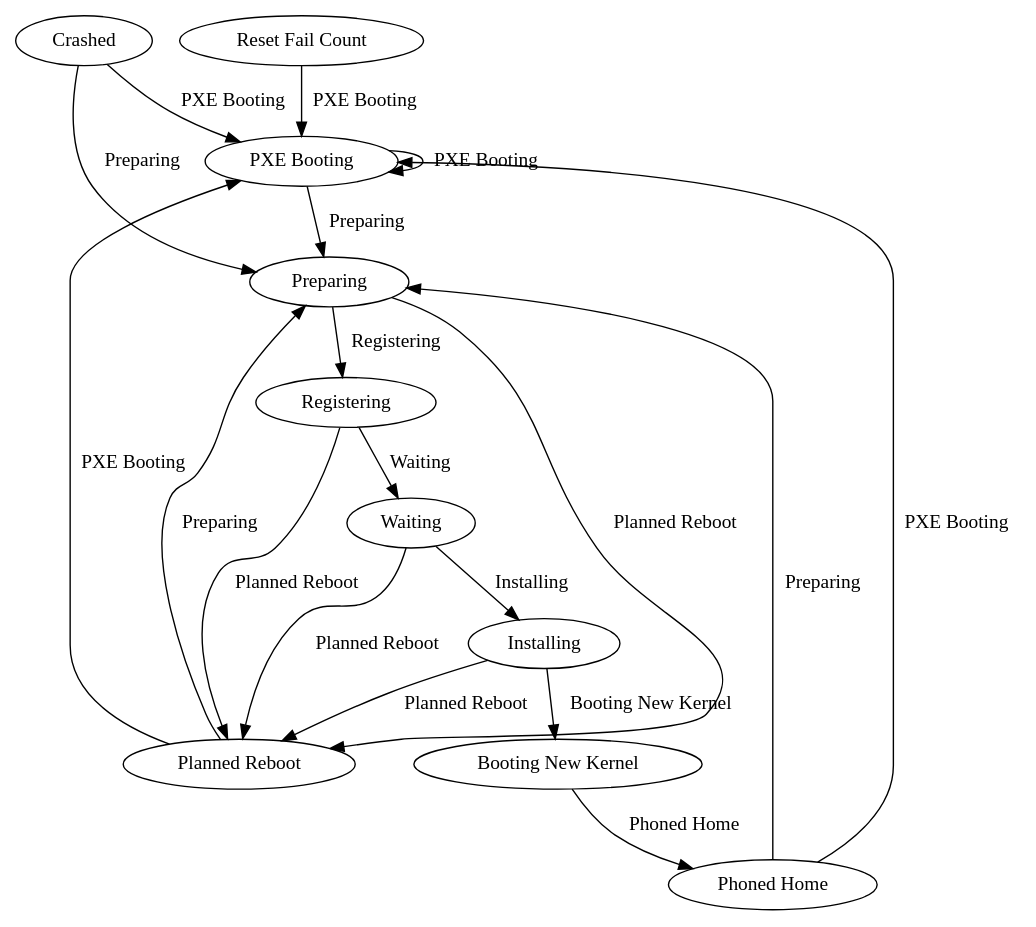
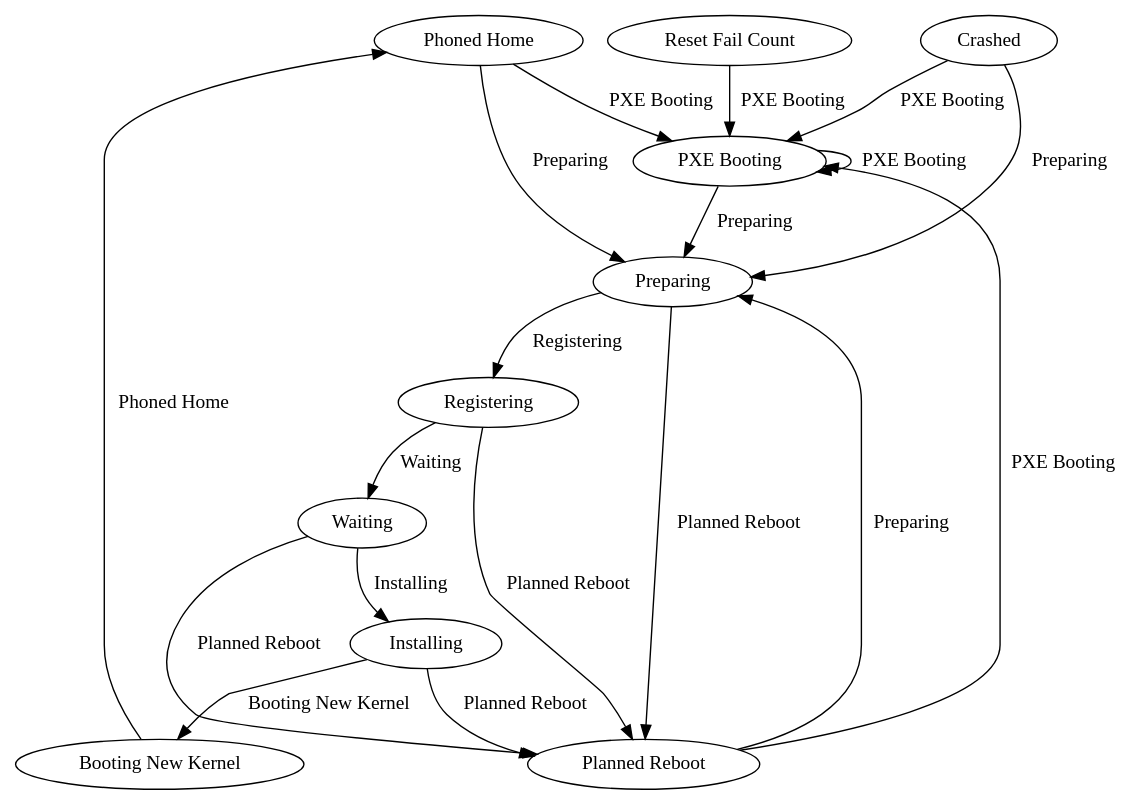
One commit to iljarotar/go-fsm-examples changed the diagram in graph.dot. Above: the diagram before and after it, drawn with Graphviz. The commit also changed other lines of this file and 1 other file, not shown here.

Commit message:
add readSequence function to test transitions

```diff
--- a/graph.dot
+++ b/graph.dot
@@ -1,31 +1,31 @@
 digraph fsm {
-    "PXE Booting" -> "PXE Booting" [ label = "PXE Booting" ];
-    "PXE Booting" -> "Preparing" [ label = "Preparing" ];
+    "Phoned Home" -> "PXE Booting" [ label = "PXE Booting" ];
+    "Phoned Home" -> "Preparing" [ label = "Preparing" ];
     "Booting New Kernel" -> "Phoned Home" [ label = "Phoned Home" ];
     "Crashed" -> "PXE Booting" [ label = "PXE Booting" ];
     "Crashed" -> "Preparing" [ label = "Preparing" ];
     "Installing" -> "Booting New Kernel" [ label = "Booting New Kernel" ];
     "Installing" -> "Planned Reboot" [ label = "Planned Reboot" ];
-    "Phoned Home" -> "PXE Booting" [ label = "PXE Booting" ];
-    "Phoned Home" -> "Preparing" [ label = "Preparing" ];
+    "PXE Booting" -> "PXE Booting" [ label = "PXE Booting" ];
+    "PXE Booting" -> "Preparing" [ label = "Preparing" ];
     "Planned Reboot" -> "PXE Booting" [ label = "PXE Booting" ];
     "Planned Reboot" -> "Preparing" [ label = "Preparing" ];
     "Preparing" -> "Planned Reboot" [ label = "Planned Reboot" ];
     "Preparing" -> "Registering" [ label = "Registering" ];
     "Registering" -> "Planned Reboot" [ label = "Planned Reboot" ];
     "Registering" -> "Waiting" [ label = "Waiting" ];
     "Reset Fail Count" -> "PXE Booting" [ label = "PXE Booting" ];
     "Waiting" -> "Installing" [ label = "Installing" ];
     "Waiting" -> "Planned Reboot" [ label = "Planned Reboot" ];
 
     "Booting New Kernel";
     "Crashed";
     "Installing";
     "PXE Booting";
     "Phoned Home";
     "Planned Reboot";
     "Preparing";
     "Registering";
     "Reset Fail Count";
     "Waiting";
 }
```
